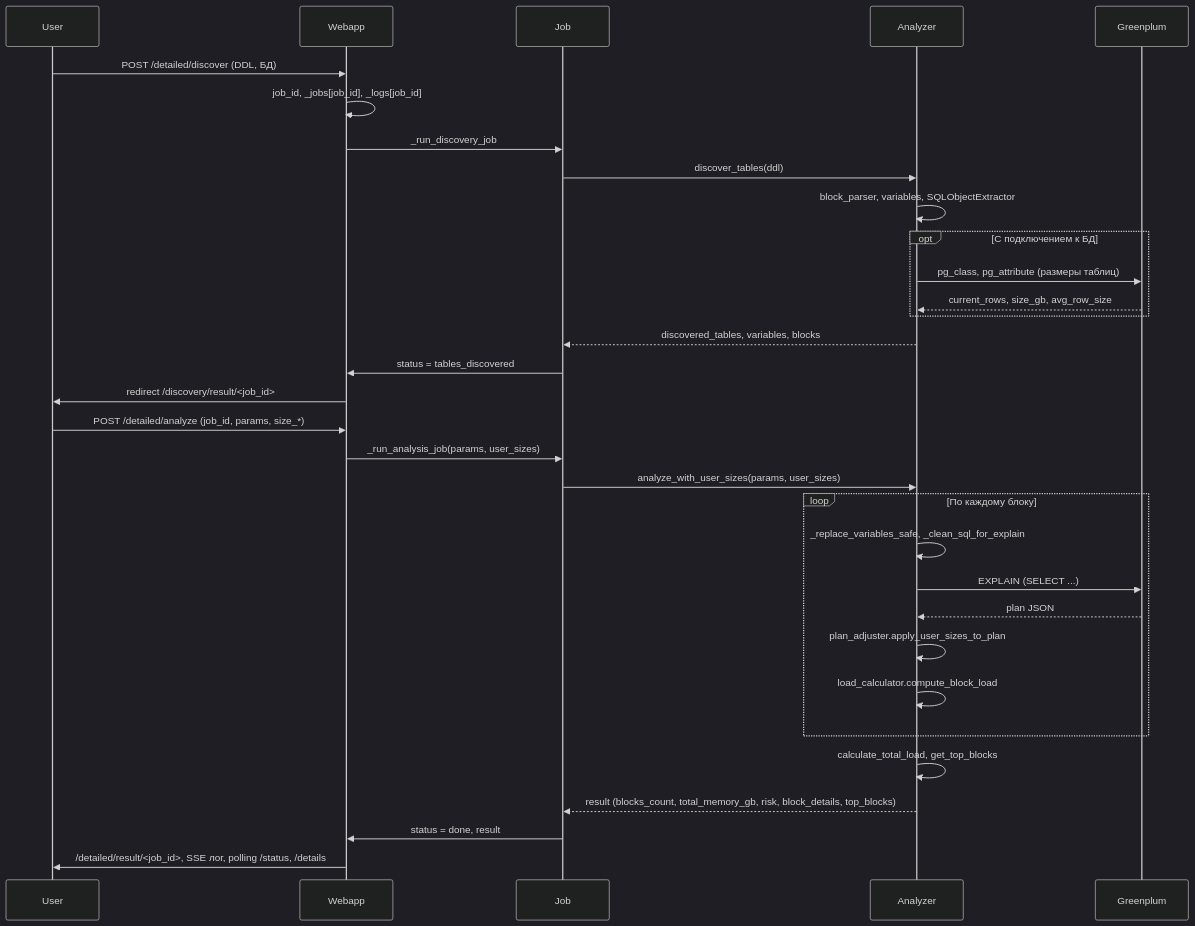
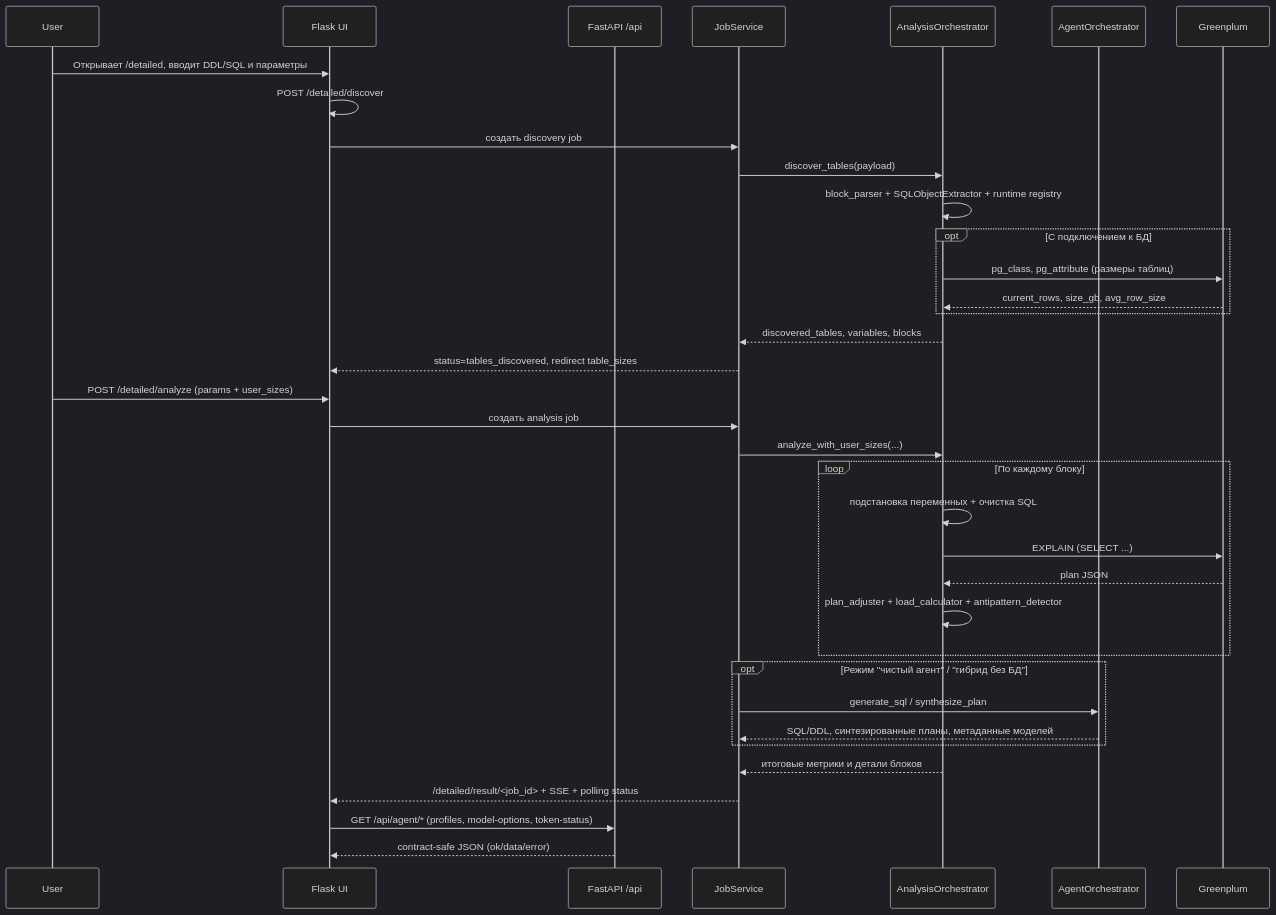
One commit to SolonnikovDV/gpa_analyzer changed the fifth of 5 diagrams in README.md. Above: the diagram before and after it, drawn with Mermaid (dark theme). The commit also changed other lines of this file, not shown here.

````diff
--- a/README.md
+++ b/README.md
@@ -641,36 +654,42 @@
 ```mermaid
 sequenceDiagram
     participant User
-    participant Webapp
-    participant Job
-    participant Analyzer
+    participant Browser as Flask UI
+    participant API as FastAPI /api
+    participant Jobs as JobService
+    participant Analyzer as AnalysisOrchestrator
+    participant Agent as AgentOrchestrator
     participant DB as Greenplum
 
-    User->>Webapp: POST /detailed/discover (DDL, БД)
-    Webapp->>Webapp: job_id, _jobs[job_id], _logs[job_id]
-    Webapp->>Job: _run_discovery_job
-    Job->>Analyzer: discover_tables(ddl)
-    Analyzer->>Analyzer: block_parser, variables, SQLObjectExtractor
+    User->>Browser: Открывает /detailed, вводит DDL/SQL и параметры
+    Browser->>Browser: POST /detailed/discover
+    Browser->>Jobs: создать discovery job
+    Jobs->>Analyzer: discover_tables(payload)
+    Analyzer->>Analyzer: block_parser + SQLObjectExtractor + runtime registry
     opt С подключением к БД
         Analyzer->>DB: pg_class, pg_attribute (размеры таблиц)
         DB-->>Analyzer: current_rows, size_gb, avg_row_size
     end
-    Analyzer-->>Job: discovered_tables, variables, blocks
-    Job->>Webapp: status = tables_discovered
-    Webapp->>User: redirect /discovery/result/<job_id>
+    Analyzer-->>Jobs: discovered_tables, variables, blocks
+    Jobs-->>Browser: status=tables_discovered, redirect table_sizes
 
-    User->>Webapp: POST /detailed/analyze (job_id, params, size_*)
-    Webapp->>Job: _run_analysis_job(params, user_sizes)
-    Job->>Analyzer: analyze_with_user_sizes(params, user_sizes)
+    User->>Browser: POST /detailed/analyze (params + user_sizes)
+    Browser->>Jobs: создать analysis job
+    Jobs->>Analyzer: analyze_with_user_sizes(...)
     loop По каждому блоку
-        Analyzer->>Analyzer: _replace_variables_safe, _clean_sql_for_explain
+        Analyzer->>Analyzer: подстановка переменных + очистка SQL
         Analyzer->>DB: EXPLAIN (SELECT ...)
         DB-->>Analyzer: plan JSON
-        Analyzer->>Analyzer: plan_adjuster.apply_user_sizes_to_plan
-        Analyzer->>Analyzer: load_calculator.compute_block_load
+        Analyzer->>Analyzer: plan_adjuster + load_calculator + antipattern_detector
     end
-    Analyzer->>Analyzer: calculate_total_load, get_top_blocks
-    Analyzer-->>Job: result (blocks_count, total_memory_gb, risk, block_details, top_blocks)
-    Job->>Webapp: status = done, result
-    Webapp->>User: /detailed/result/<job_id>, SSE лог, polling /status, /details
+
+    opt Режим "чистый агент" / "гибрид без БД"
+        Jobs->>Agent: generate_sql / synthesize_plan
+        Agent-->>Jobs: SQL/DDL, синтезированные планы, метаданные моделей
+    end
+
+    Analyzer-->>Jobs: итоговые метрики и детали блоков
+    Jobs-->>Browser: /detailed/result/<job_id> + SSE + polling status
+    Browser->>API: GET /api/agent/* (profiles, model-options, token-status)
+    API-->>Browser: contract-safe JSON (ok/data/error)
 ```
````
